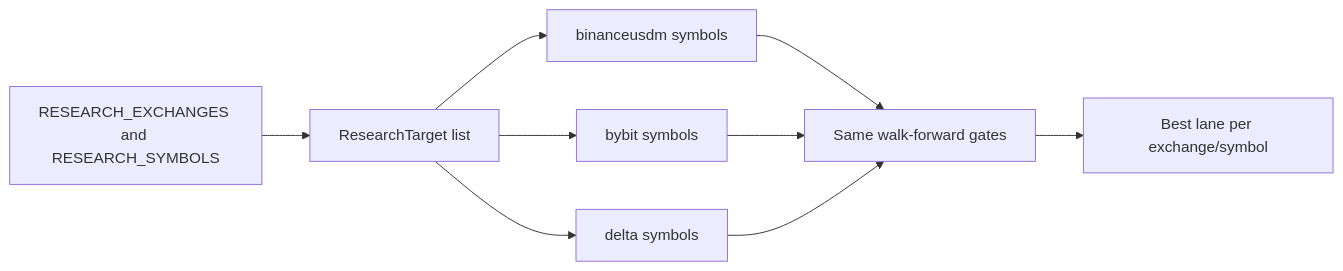
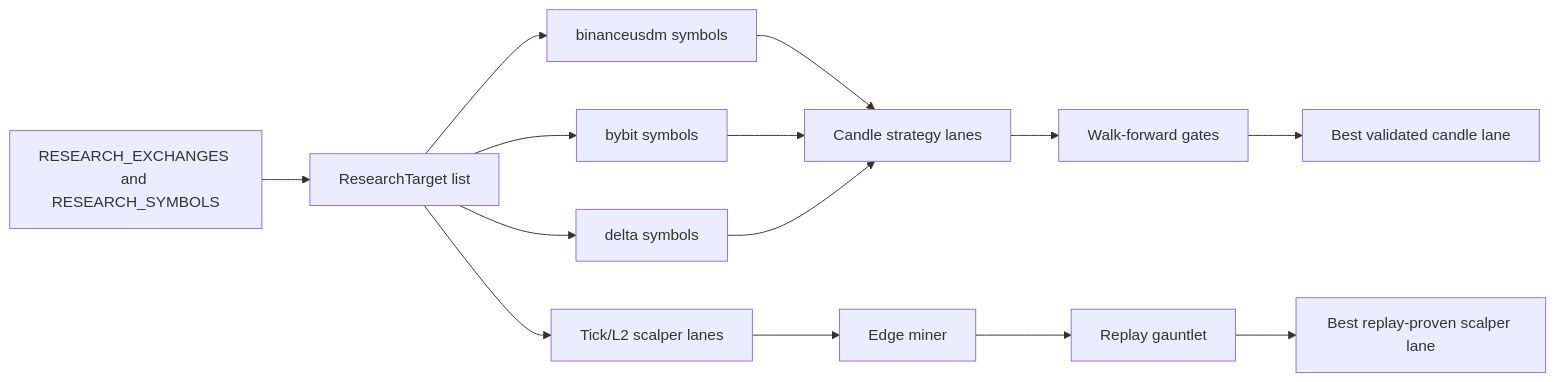
One commit to vikkl1990/vnedge changed the fifth of 6 diagrams in docs/ARCHITECTURE_FLOW.md. Above: the diagram before and after it, drawn with Mermaid. The commit also changed other lines of this file and 3 other files, not shown here.

Commit message:
Correct scalper research flow

````diff
--- a/docs/ARCHITECTURE_FLOW.md
+++ b/docs/ARCHITECTURE_FLOW.md
@@ -186,11 +198,16 @@
 ```mermaid
 flowchart LR
     Env["RESEARCH_EXCHANGES and RESEARCH_SYMBOLS"] --> Targets["ResearchTarget list"]
     Targets --> Binance["binanceusdm symbols"]
     Targets --> Bybit["bybit symbols"]
     Targets --> Delta["delta symbols"]
-    Binance --> SameGates["Same walk-forward gates"]
-    Bybit --> SameGates
-    Delta --> SameGates
-    SameGates --> PairRank["Best lane per exchange/symbol"]
+    Binance --> CandleLanes["Candle strategy lanes"]
+    Bybit --> CandleLanes
+    Delta --> CandleLanes
+    CandleLanes --> WalkForward["Walk-forward gates"]
+    Targets --> TickLanes["Tick/L2 scalper lanes"]
+    TickLanes --> EdgeMiner["Edge miner"]
+    EdgeMiner --> Replay["Replay gauntlet"]
+    WalkForward --> PairRank["Best validated candle lane"]
+    Replay --> ScalpRank["Best replay-proven scalper lane"]
 ```
````
